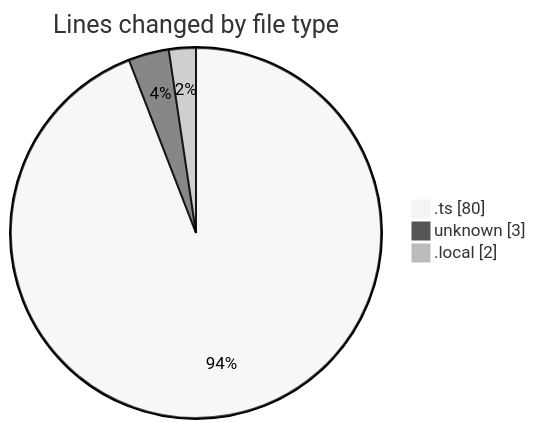
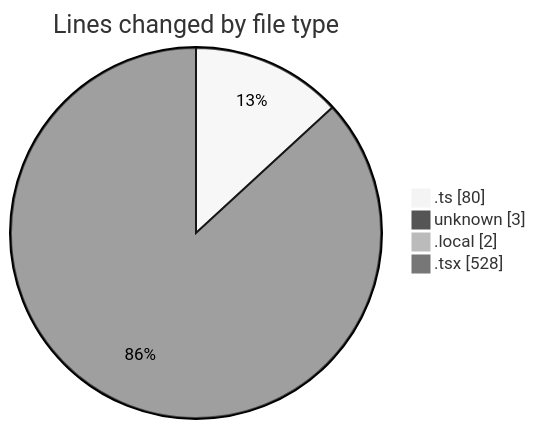
The first of 2 diagrams in 2025-06-21/archive/README.md (JenPaints/code-tracking), drawn with Mermaid (neutral theme) before and after one commit. The commit also changed other lines of this file and 1 other file, not shown here.

````diff
--- a/2025-06-21/archive/README.md
+++ b/2025-06-21/archive/README.md
@@ -23,7 +24,8 @@
 ```mermaid
 pie showData
 title Lines changed by file type
 ".ts" : 80
 "unknown" : 3
 ".local" : 2
+".tsx" : 528
 ```
````
